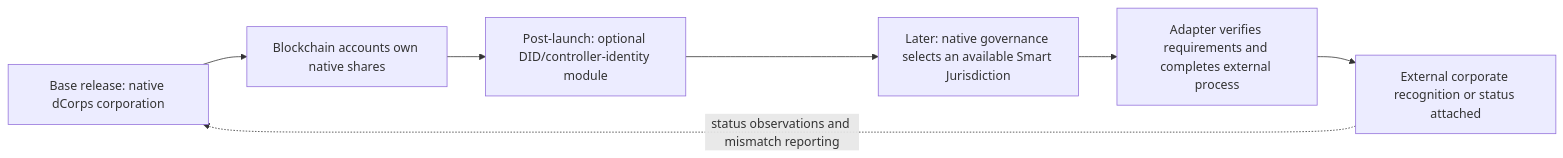
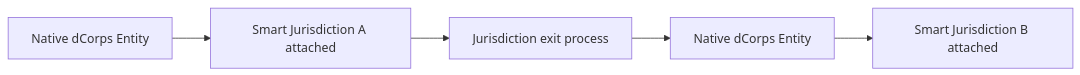
The third of 5 diagrams in docs/whitepaper/DCORPS_BLOCKCHAIN_WHITEPAPER_V1_0.md (dcorps-hub/dcorps-docs-public), drawn with Mermaid before and after one commit. The commit also changed other lines of this file and 3 other files, not shown here.

````diff
--- a/docs/whitepaper/DCORPS_BLOCKCHAIN_WHITEPAPER_V1_0.md
+++ b/docs/whitepaper/DCORPS_BLOCKCHAIN_WHITEPAPER_V1_0.md
@@ -580,9 +621,7 @@
 ```mermaid
 flowchart LR
-    A["Base release: native dCorps corporation"] --> B["Blockchain accounts own native shares"]
-    B --> C["Post-launch: optional DID/controller-identity module"]
-    C --> D["Later: native governance selects an available Smart Jurisdiction"]
-    D --> E["Adapter verifies requirements and completes external process"]
-    E --> F["External corporate recognition or status attached"]
-    F -. "status observations and mismatch reporting" .-> A
+    A["Native dCorps Entity"] --> B["Smart Jurisdiction A attached"]
+    B --> C["Jurisdiction exit process"]
+    C --> D["Native dCorps Entity"]
+    D --> E["Smart Jurisdiction B attached"]
 ```
````
